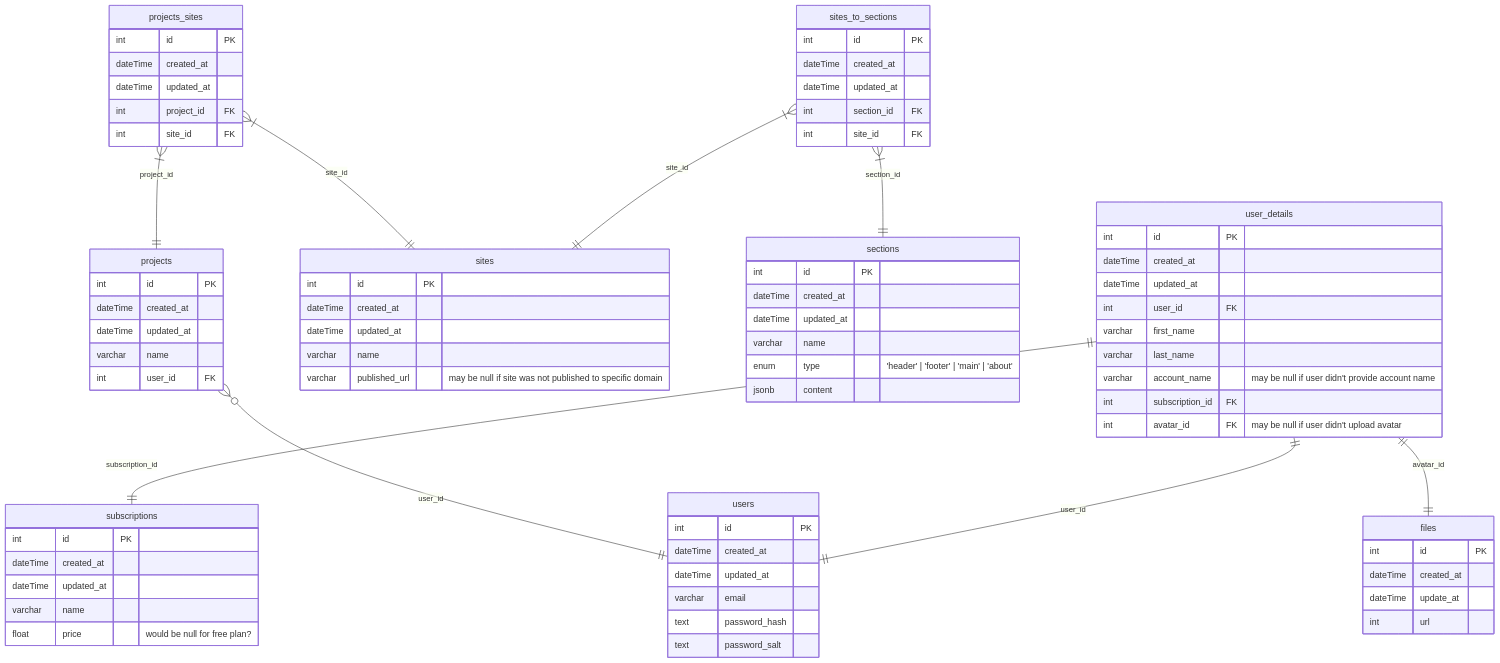
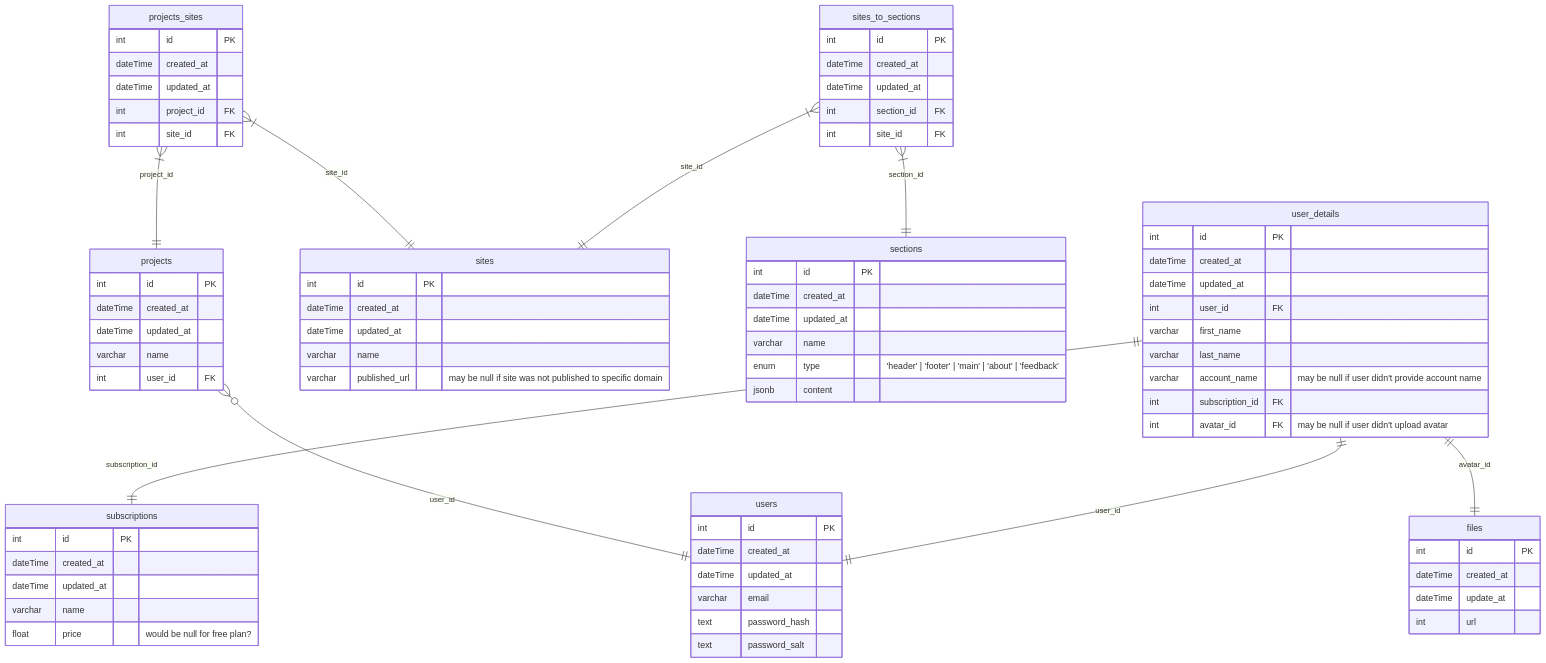
One commit to BinaryStudioAcademy/bsa-winter-2022-2023-simpleland changed the diagram in readme.md. Above: the diagram before and after it, drawn with Mermaid. The commit also changed 1 other file, not shown here.

Commit message:
sl-141: * readme er schema

```diff
--- a/readme.md
+++ b/readme.md
@@ -81,7 +81,7 @@
     dateTime created_at
     dateTime updated_at
     varchar name
-    enum type "'header' | 'footer' | 'main' | 'about'"
+    enum type "'header' | 'footer' | 'main' | 'about' | 'feedback'"
     jsonb content
   }
 
```
